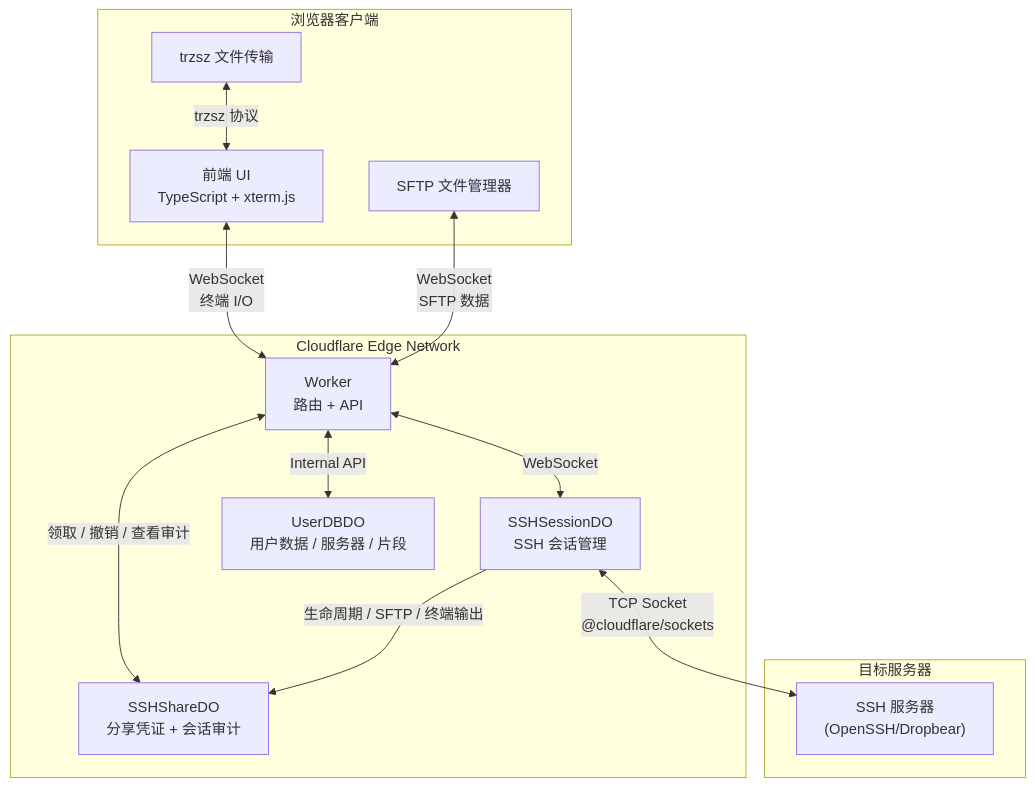
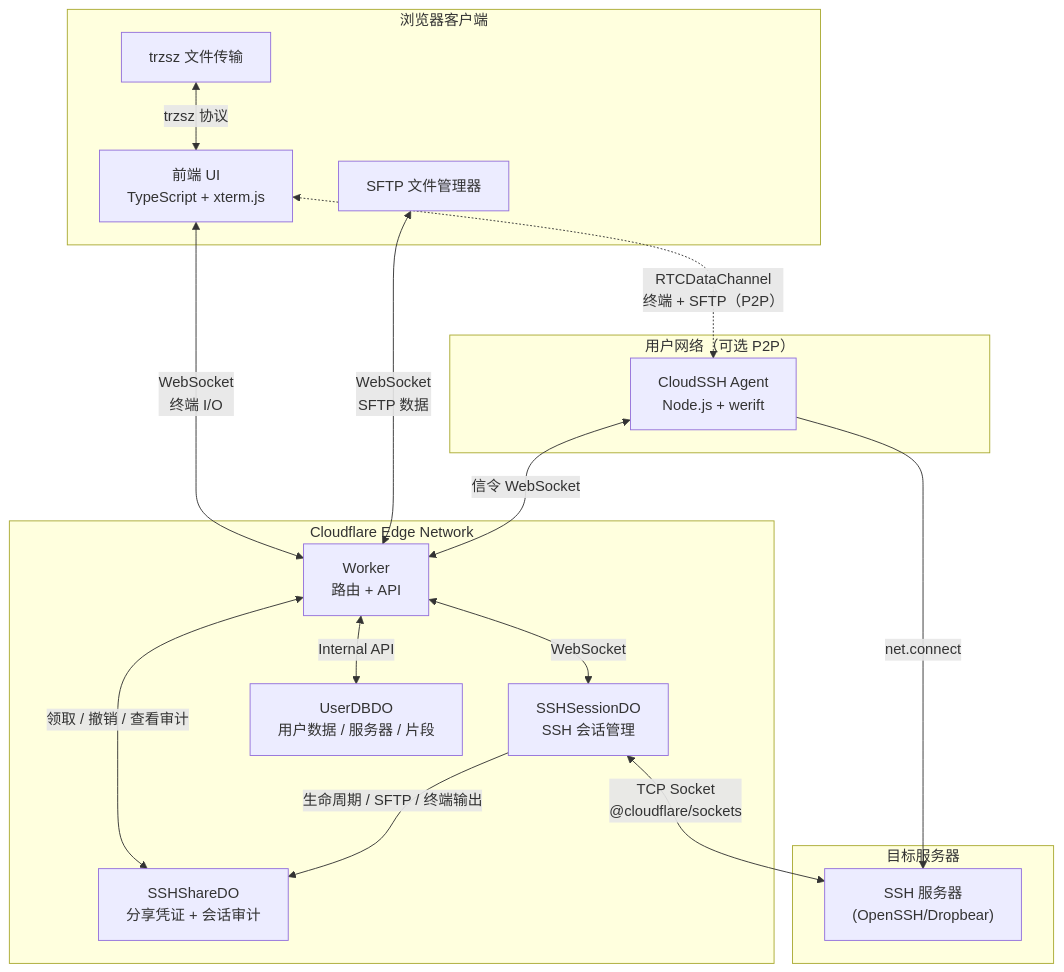
The diagram in README.md (lemonhub-io/cloud-ssh), drawn with Mermaid before and after one commit. The commit also changed other lines of this file and 45 other files, not shown here.

First line of the commit message:
feat: 新增 P2P Agent 连接模式（WebRTC DataChannel 直连 SSH）

````diff
--- a/README.md
+++ b/README.md
@@ -56,28 +66,35 @@
 ```mermaid
 flowchart TB
     subgraph "浏览器客户端"
         UI["前端 UI<br/>TypeScript + xterm.js"]
         SFTP["SFTP 文件管理器"]
         Trzsz["trzsz 文件传输"]
     end
 
     subgraph "Cloudflare Edge Network"
         Worker["Worker<br/>路由 + API"]
         SSH_DO["SSHSessionDO<br/>SSH 会话管理"]
         User_DO["UserDBDO<br/>用户数据 / 服务器 / 片段"]
         Share_DO["SSHShareDO<br/>分享凭证 + 会话审计"]
     end
 
     subgraph "目标服务器"
         SSH["SSH 服务器<br/>(OpenSSH/Dropbear)"]
     end
 
+    subgraph "用户网络（可选 P2P）"
+        Agent["CloudSSH Agent<br/>Node.js + werift"]
+    end
+
     UI <-->|"WebSocket<br/>终端 I/O"| Worker
     SFTP <-->|"WebSocket<br/>SFTP 数据"| Worker
     Trzsz <-->|"trzsz 协议"| UI
+    UI <-.->|"RTCDataChannel<br/>终端 + SFTP（P2P）"| Agent
+    Agent <-->|"信令 WebSocket"| Worker
     Worker <-->|"WebSocket"| SSH_DO
     Worker <-->|"Internal API"| User_DO
     Worker <-->|"领取 / 撤销 / 查看审计"| Share_DO
     SSH_DO -->|"生命周期 / SFTP / 终端输出"| Share_DO
     SSH_DO <-->|"TCP Socket<br/>@cloudflare/sockets"| SSH
+    Agent -->|"net.connect"| SSH
 ```
````
